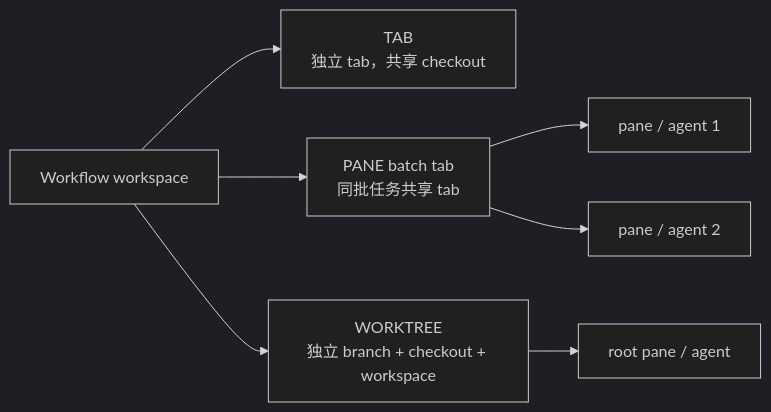
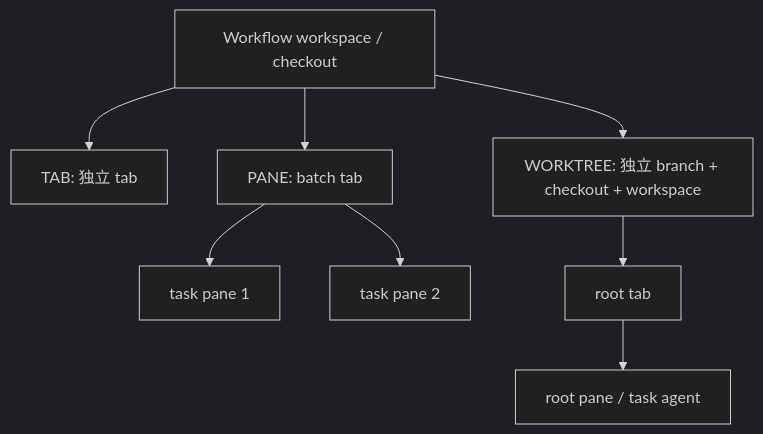
The third of 4 diagrams in droid-wiki/primitives/placement-and-worktrees.md (oldwinter/herdr-orchestrator), drawn with Mermaid (dark theme) before and after one commit. The commit also changed other lines of this file and 62 other files, not shown here.

````diff
--- a/droid-wiki/primitives/placement-and-worktrees.md
+++ b/droid-wiki/primitives/placement-and-worktrees.md
@@ -61,9 +108,11 @@
 ```mermaid
-flowchart LR
-    Project["Workflow workspace"] --> TabTarget["TAB\n独立 tab，共享 checkout"]
-    Project --> Batch["PANE batch tab\n同批任务共享 tab"]
-    Batch --> P1["pane / agent 1"]
-    Batch --> P2["pane / agent 2"]
-    Project --> WT["WORKTREE\n独立 branch + checkout + workspace"]
-    WT --> WTPane["root pane / agent"]
+flowchart TB
+    PROJECT["Workflow workspace / checkout"]
+    PROJECT --> TAB["TAB: 独立 tab"]
+    PROJECT --> BATCH["PANE: batch tab"]
+    BATCH --> P1["task pane 1"]
+    BATCH --> P2["task pane 2"]
+    PROJECT --> WT["WORKTREE: 独立 branch + checkout + workspace"]
+    WT --> WTTAB["root tab"]
+    WTTAB --> WTPANE["root pane / task agent"]
 ```
````
